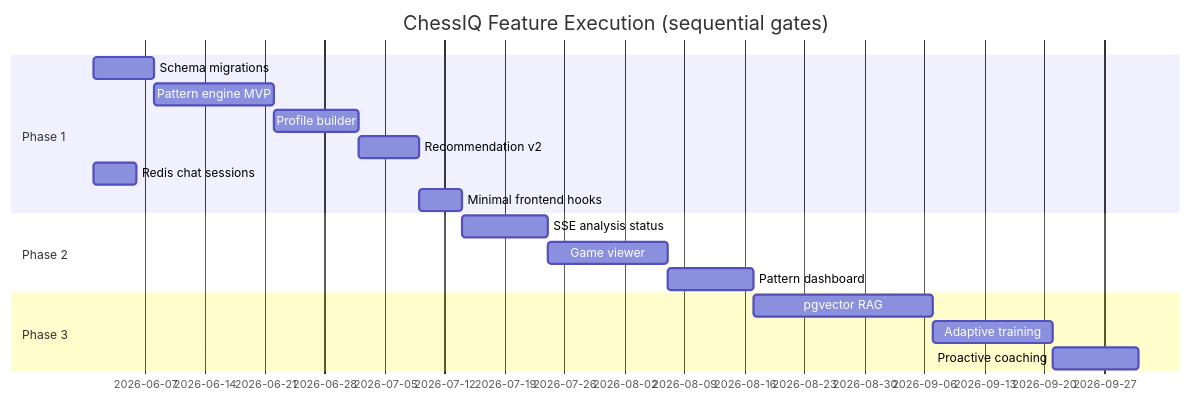
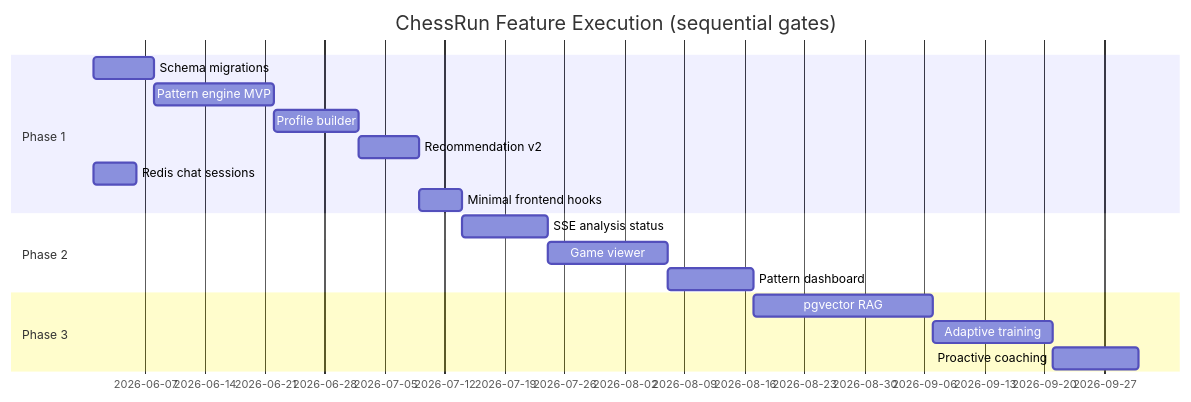
One commit to ArcnetLabs/chess-AI changed the diagram in docs/execution/feature-execution-roadmap.md. Above: the diagram before and after it, drawn with Mermaid. The commit also changed other lines of this file and 85 other files, not shown here.

Commit message:
feat: align frontend with ChessRun coach UX

````diff
--- a/docs/execution/feature-execution-roadmap.md
+++ b/docs/execution/feature-execution-roadmap.md
@@ -195,20 +195,20 @@
 ```mermaid
 gantt
-    title ChessIQ Feature Execution (sequential gates)
+    title ChessRun Feature Execution (sequential gates)
     dateFormat YYYY-MM-DD
     section Phase 1
     Schema migrations           :p1db, 2026-06-01, 7d
     Pattern engine MVP          :p1pr, after p1db, 14d
     Profile builder             :p1pp, after p1pr, 10d
     Recommendation v2           :p1re, after p1pp, 7d
     Redis chat sessions         :p1cm, 2026-06-01, 5d
     Minimal frontend hooks      :p1fe, after p1re, 5d
     section Phase 2
     SSE analysis status         :p2aa, after p1fe, 10d
     Game viewer                 :p2gv, after p2aa, 14d
     Pattern dashboard           :p2pv, after p2gv, 10d
     section Phase 3
     pgvector RAG                :p3cm, after p2pv, 21d
     Adaptive training           :p3tr, after p3cm, 14d
     Proactive coaching          :p3pc, after p3tr, 10d
 ```
````
